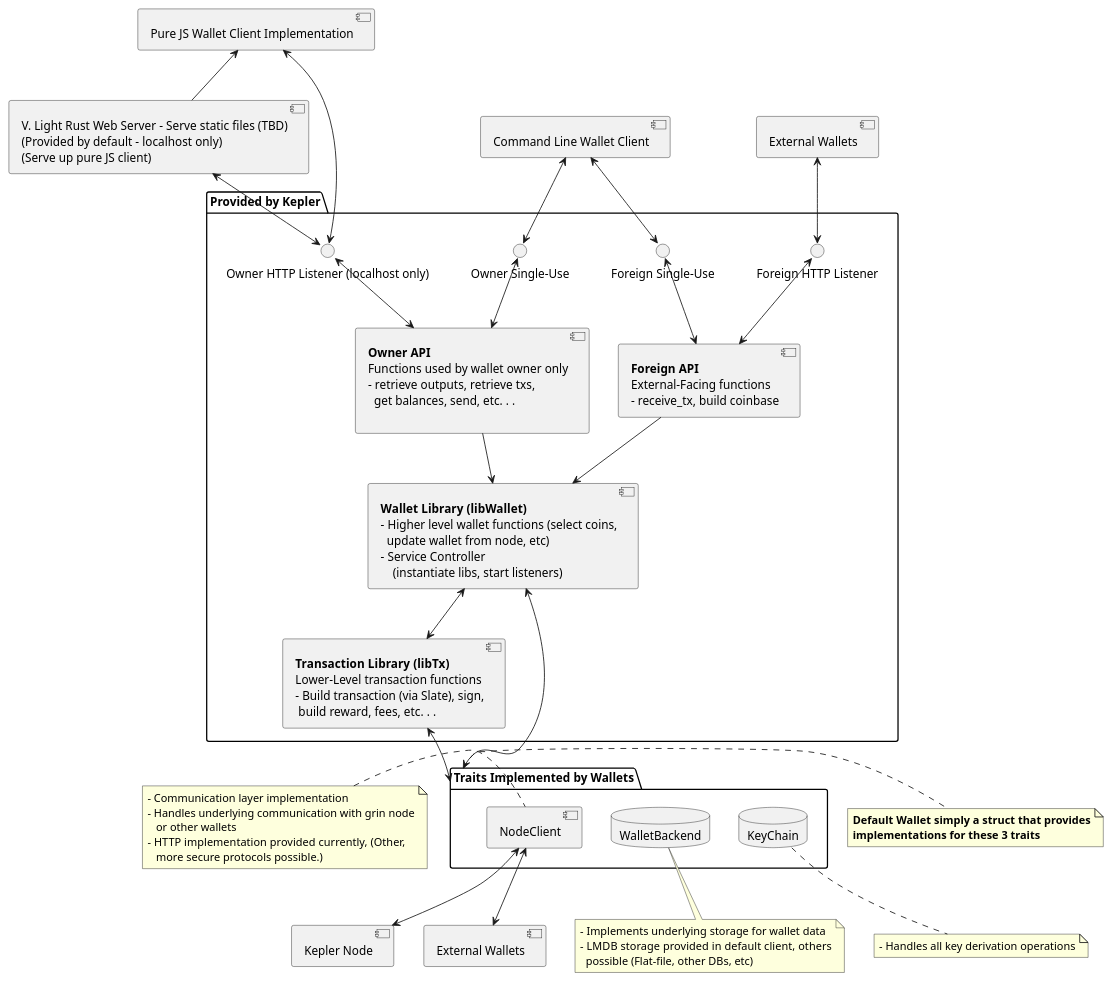
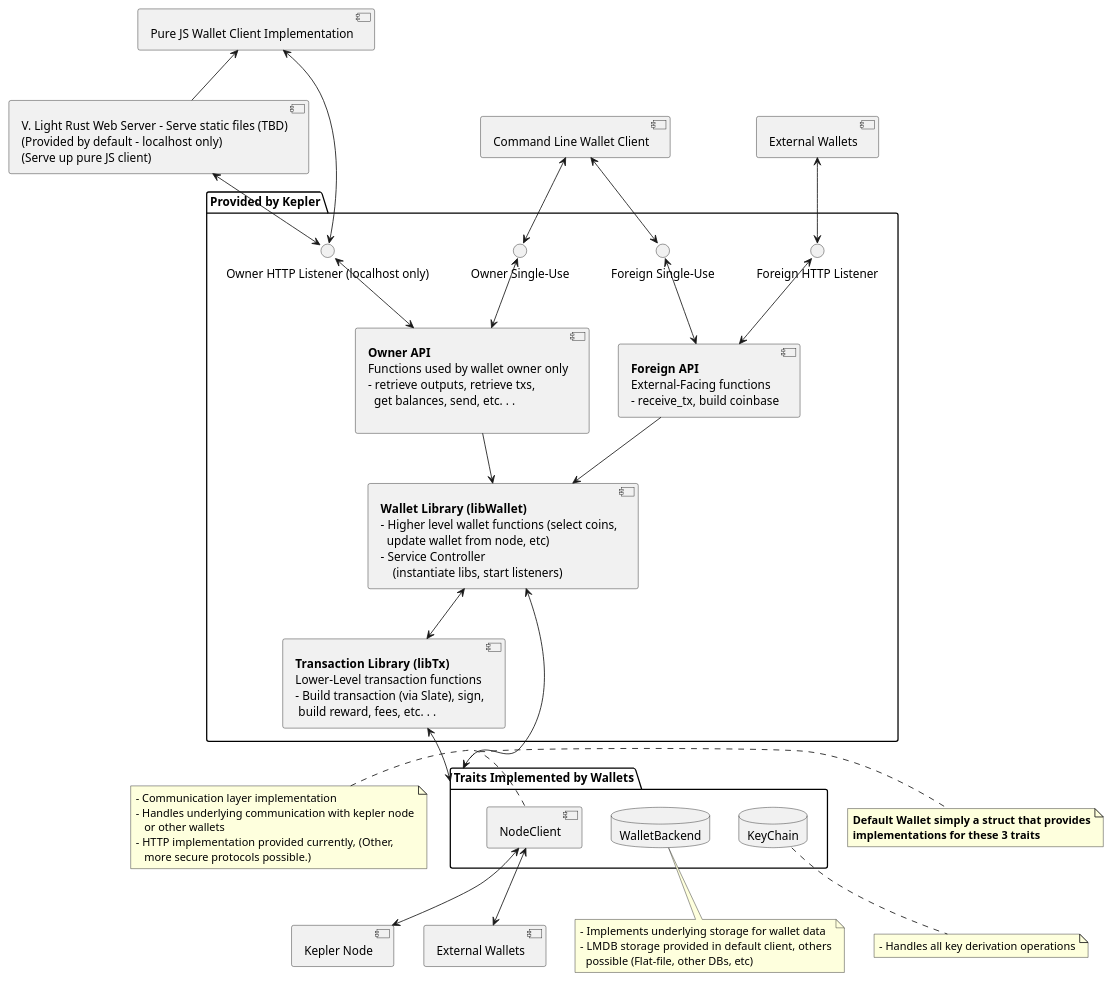
One commit to keplernetwork/kepler changed the diagram in doc/wallet/design/wallet-arch.puml. Above: the diagram before and after it, drawn with PlantUML. The commit also changed 168 other files, not shown here.

```diff
--- a/doc/wallet/design/wallet-arch.puml
+++ b/doc/wallet/design/wallet-arch.puml
@@ -1,110 +1,110 @@
-@startuml grin-wallet-overview 
+@startuml kepler-wallet-overview 
 skinparam componentStyle uml2
 
-[Kepler Node] as grin_node
+[Kepler Node] as kepler_node
 
 folder "Provided by Kepler" as services {
 	component foreign_api [
 		**Foreign API**
 		External-Facing functions
 		- receive_tx, build coinbase
 	]
 
 	component owner_api [
 		**Owner API**
 		Functions used by wallet owner only
 		- retrieve outputs, retrieve txs,
 		  get balances, send, etc. . .
 
 	]
 	component libtx [
         **Transaction Library (libTx)**
         Lower-Level transaction functions
         - Build transaction (via Slate), sign,
          build reward, fees, etc. . .
 	]
 	component libwallet [
         **Wallet Library (libWallet)	**
         - Higher level wallet functions (select coins,
           update wallet from node, etc)
         - Service Controller
             (instantiate libs, start listeners)
 	]
 	() "Owner HTTP Listener (localhost only)" as owner_http
 	() "Foreign HTTP Listener" as foreign_http
 	() "Owner Single-Use" as owner_single
 	() "Foreign Single-Use" as foreign_single
 }
 
 ' Trait definitions
 package "Traits Implemented by Wallets" as traits {
 	database "WalletBackend" as wallet_backend
 	database "KeyChain" as keychain
 	component "NodeClient" as wallet_client
 }
 
 note left of wallet_client
     - Communication layer implementation
-    - Handles underlying communication with grin node
+    - Handles underlying communication with kepler node
        or other wallets
     - HTTP implementation provided currently, (Other,
        more secure protocols possible.)
 end note
 
 note bottom of keychain
     - Handles all key derivation operations
 end note
 
 note bottom of wallet_backend
     - Implements underlying storage for wallet data
     - LMDB  storage provided in default client, others
       possible (Flat-file, other DBs, etc)
 end note
 
 libtx <--> traits
 libwallet <--> traits
 
 note right of traits
     **Default Wallet simply a struct that provides**
     **implementations for these 3 traits**
 end note
 
 ' Client Side
 'package "Provided as reference implementation" {
 	[Pure JS Wallet Client Implementation] as js_client
 	[Command Line Wallet Client] as cl_client
 	component web_server [
 			V. Light Rust Web Server - Serve static files (TBD)
 			(Provided by default - localhost only)
 			(Serve up pure JS client)
 	]
 '}
 
 [External Wallets] as external_wallets
 [External Wallets] as external_wallets_2
 
-wallet_client <--> grin_node
+wallet_client <--> kepler_node
 wallet_client <--> external_wallets_2
 
 web_server <--> owner_http
 js_client <-- web_server
 cl_client <--> owner_single
 cl_client <--> foreign_single
 
 owner_single <--> owner_api
 foreign_single <--> foreign_api
 
 libwallet <--> libtx
 
 foreign_api --> libwallet
 owner_api --> libwallet
 
 js_client <--> owner_http
 owner_http <--> owner_api
 external_wallets <--> foreign_http
 foreign_http <--> foreign_api
 
 'layout fix
-'grin_node -[hidden]- wallet_backend
+'kepler_node -[hidden]- wallet_backend
 
 @enduml
```
